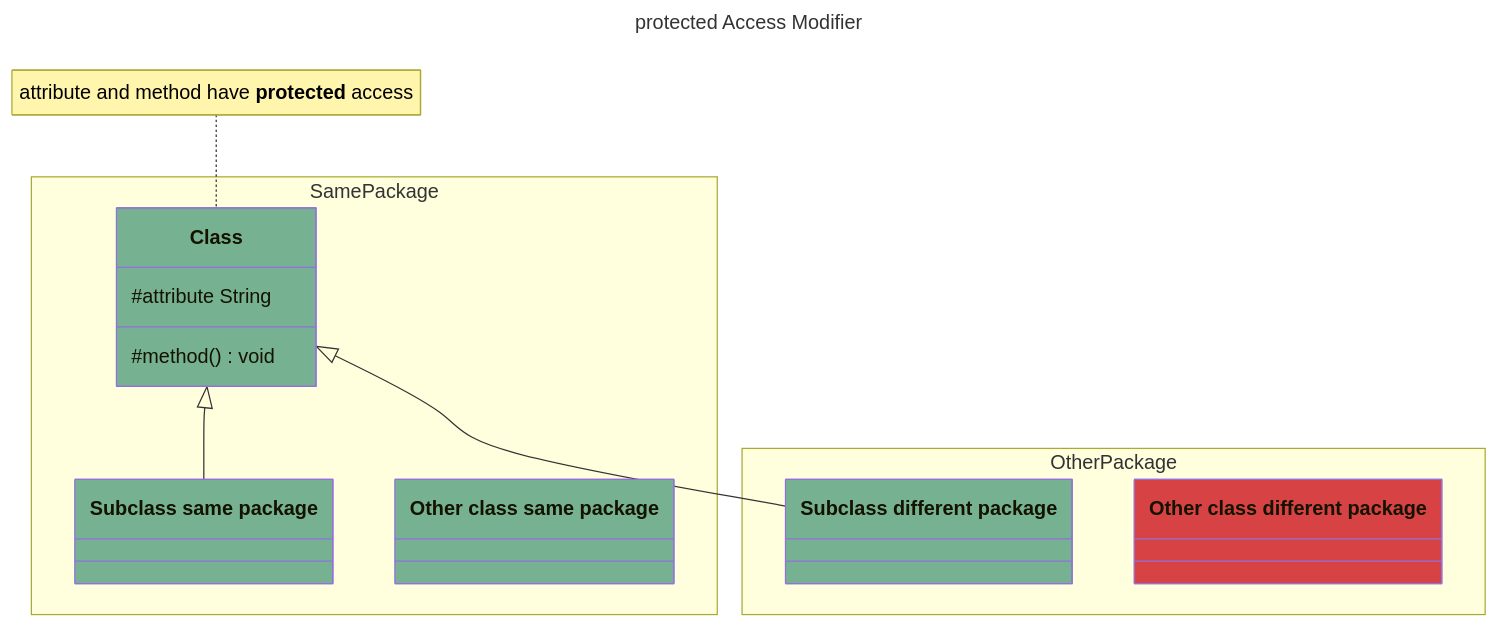
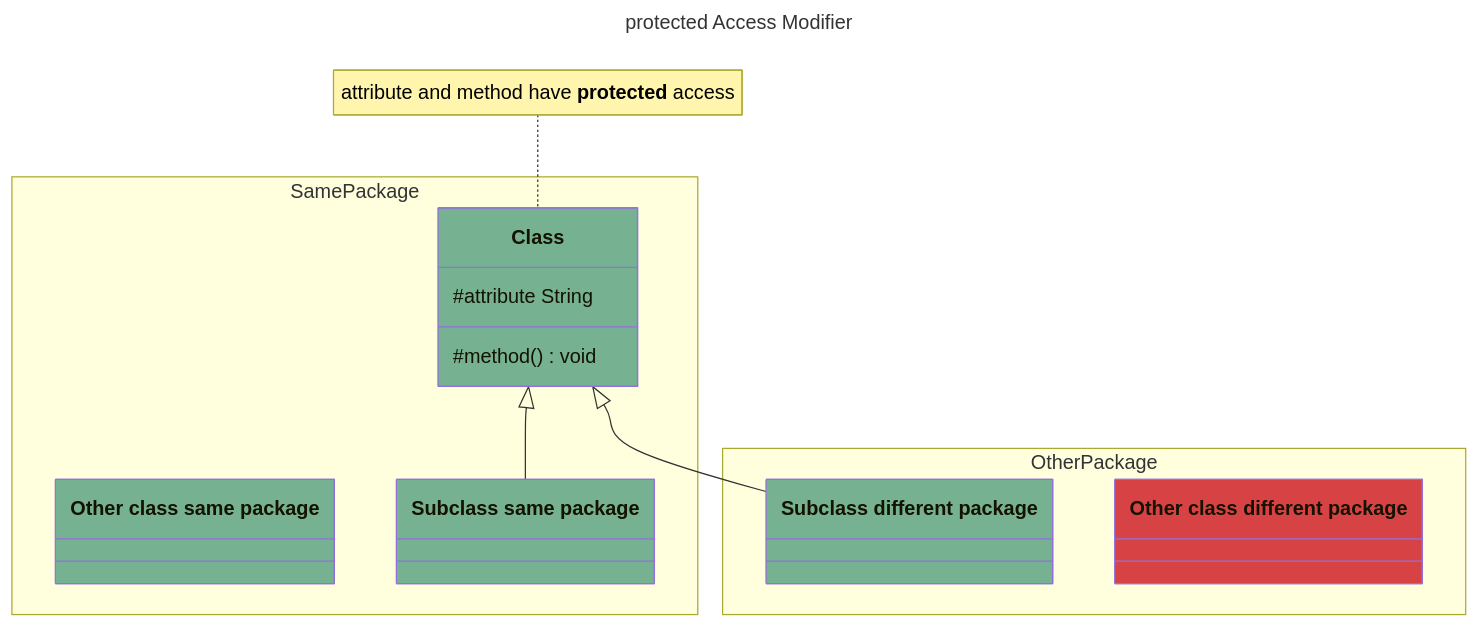
The third of 6 diagrams in README.md (ebouchut-laplateforme/java-fundamentals), drawn with Mermaid before and after one commit. The commit also changed other lines of this file, not shown here.

Commit message:
docs(README): Switch class order in the access modifiers diagrams

````diff
--- a/README.md
+++ b/README.md
@@ -107,33 +107,33 @@
 ```mermaid
 ---
 title: protected Access Modifier
 ---
 classDiagram
     direction TB
     
     namespace SamePackage {
+        class OtherClassSamePackage["Other class same package"]:::can_access {
+        }
         class Class:::can_access {
             #attribute String
             #method()  void
         }
         class Subclass["Subclass same package"]:::can_access {
-        }
-        class OtherClassSamePackage["Other class same package"]:::can_access {
         }
     }
     note for Class "attribute and method have **protected** access"
     Class <|-- Subclass
     
     namespace OtherPackage {
         class SubclassOtherPackage["Subclass different package"]:::can_access {
         }
         class ClassOtherPackage["Other class different package"]:::cannot_access {
             
         }
     }
     Class <|-- SubclassOtherPackage
     
     
     classDef can_access    fill:#76B192
     classDef cannot_access fill:#D74345
 ```
````
